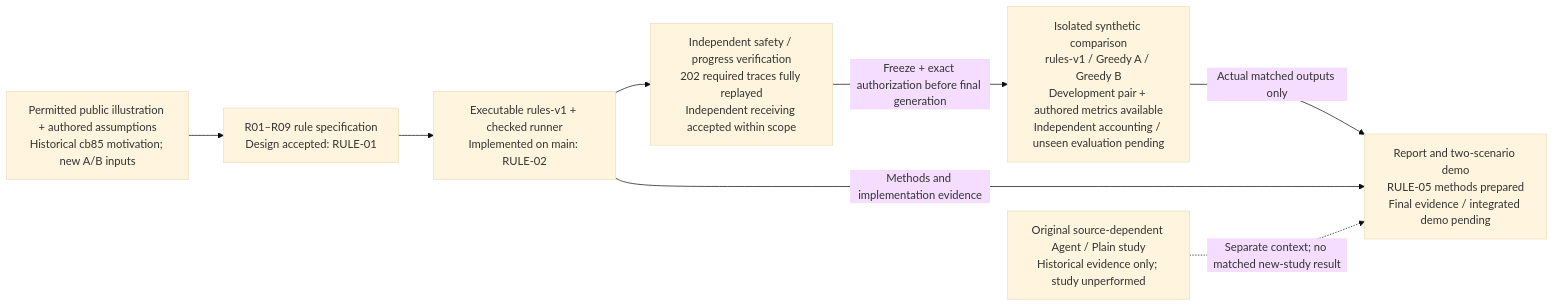
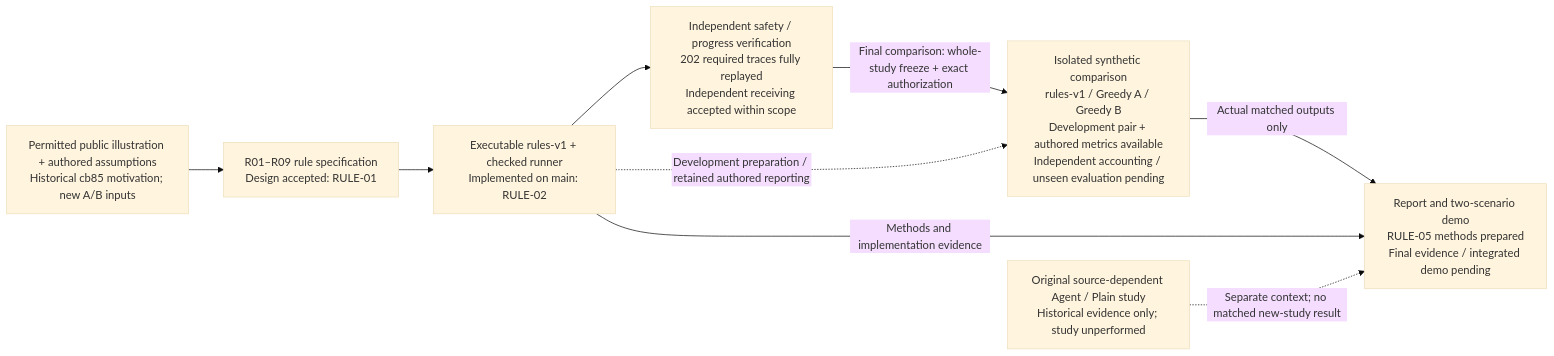
Before and after one commit to ReymoT/data-center-agentic: the first of 2 diagrams in docs/report/RULE05_WORKFLOW_DIAGRAMS.md, drawn with Mermaid (base theme). The commit also changed other lines of this file and 3 other files, not shown here.

Commit message:
Clarify RULE05 authorization budgets and scoped execution workflow

````diff
--- a/docs/report/RULE05_WORKFLOW_DIAGRAMS.md
+++ b/docs/report/RULE05_WORKFLOW_DIAGRAMS.md
@@ -12,15 +12,16 @@
 ```mermaid
 flowchart LR
-    E["Permitted public illustration + authored assumptions\nHistorical cb85 motivation; new A/B inputs"]
-    S["R01–R09 rule specification\nDesign accepted: RULE-01"]
-    R["Executable rules-v1 + checked runner\nImplemented on main: RULE-02"]
-    V["Independent safety / progress verification\n202 required traces fully replayed\nIndependent receiving accepted within scope"]
-    T["Isolated synthetic comparison\nrules-v1 / Greedy A / Greedy B\nDevelopment pair + authored metrics available\nIndependent accounting / unseen evaluation pending"]
-    D["Report and two-scenario demo\nRULE-05 methods prepared\nFinal evidence / integrated demo pending"]
-    H["Original source-dependent Agent / Plain study\nHistorical evidence only; study unperformed"]
+    E["Permitted public illustration + authored assumptions<br/>Historical cb85 motivation; new A/B inputs"]
+    S["R01–R09 rule specification<br/>Design accepted: RULE-01"]
+    R["Executable rules-v1 + checked runner<br/>Implemented on main: RULE-02"]
+    V["Independent safety / progress verification<br/>202 required traces fully replayed<br/>Independent receiving accepted within scope"]
+    T["Isolated synthetic comparison<br/>rules-v1 / Greedy A / Greedy B<br/>Development pair + authored metrics available<br/>Independent accounting / unseen evaluation pending"]
+    D["Report and two-scenario demo<br/>RULE-05 methods prepared<br/>Final evidence / integrated demo pending"]
+    H["Original source-dependent Agent / Plain study<br/>Historical evidence only; study unperformed"]
     E --> S --> R --> V
-    V -->|"Freeze + exact authorization before final generation"| T
+    V -->|"Final comparison: whole-study freeze + exact authorization"| T
+    R -.->|"Development preparation / retained authored reporting"| T
     T -->|"Actual matched outputs only"| D
     R -->|"Methods and implementation evidence"| D
     H -.->|"Separate context; no matched new-study result"| D
 ```
````
